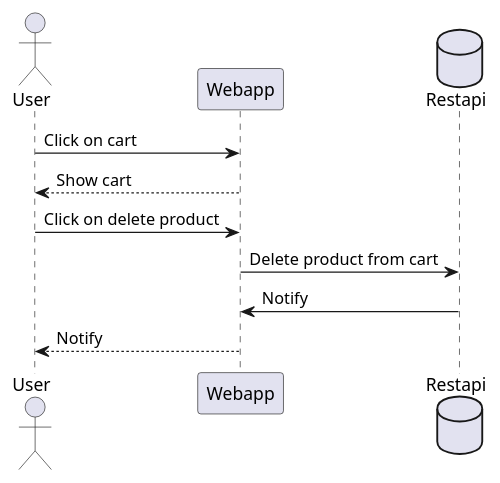
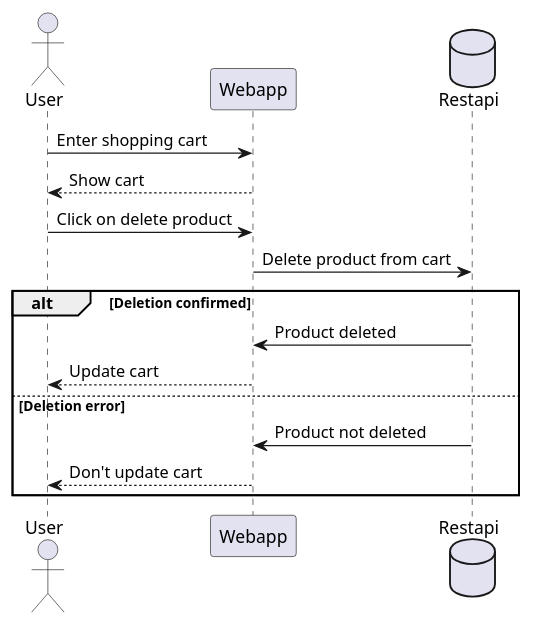
Before and after one commit to Arquisoft/dede_es5a: the third of 3 diagrams in docs/06_runtime_view.adoc, drawn with PlantUML.

Commit message:
Añadida alternativa de error

```diff
--- a/docs/06_runtime_view.adoc
+++ b/docs/06_runtime_view.adoc
@@ -74,13 +74,18 @@
 [plantuml,"Sequence diagram_DeleteProduct",png]
 ----
 @startuml
 actor User
-User -> Webapp: Click on cart
+User -> Webapp: Enter shopping cart
 User <-- Webapp: Show cart
 User -> Webapp: Click on delete product
 database Restapi
 Webapp -> Restapi: Delete product from cart
-Webapp <- Restapi: Notify
-User <-- Webapp: Notify
+alt Deletion confirmed
+Webapp <- Restapi: Product deleted
+User <-- Webapp: Update cart
+else Deletion error
+Webapp <- Restapi: Product not deleted
+User <-- Webapp: Don't update cart
+end
 @enduml
 ----
```
